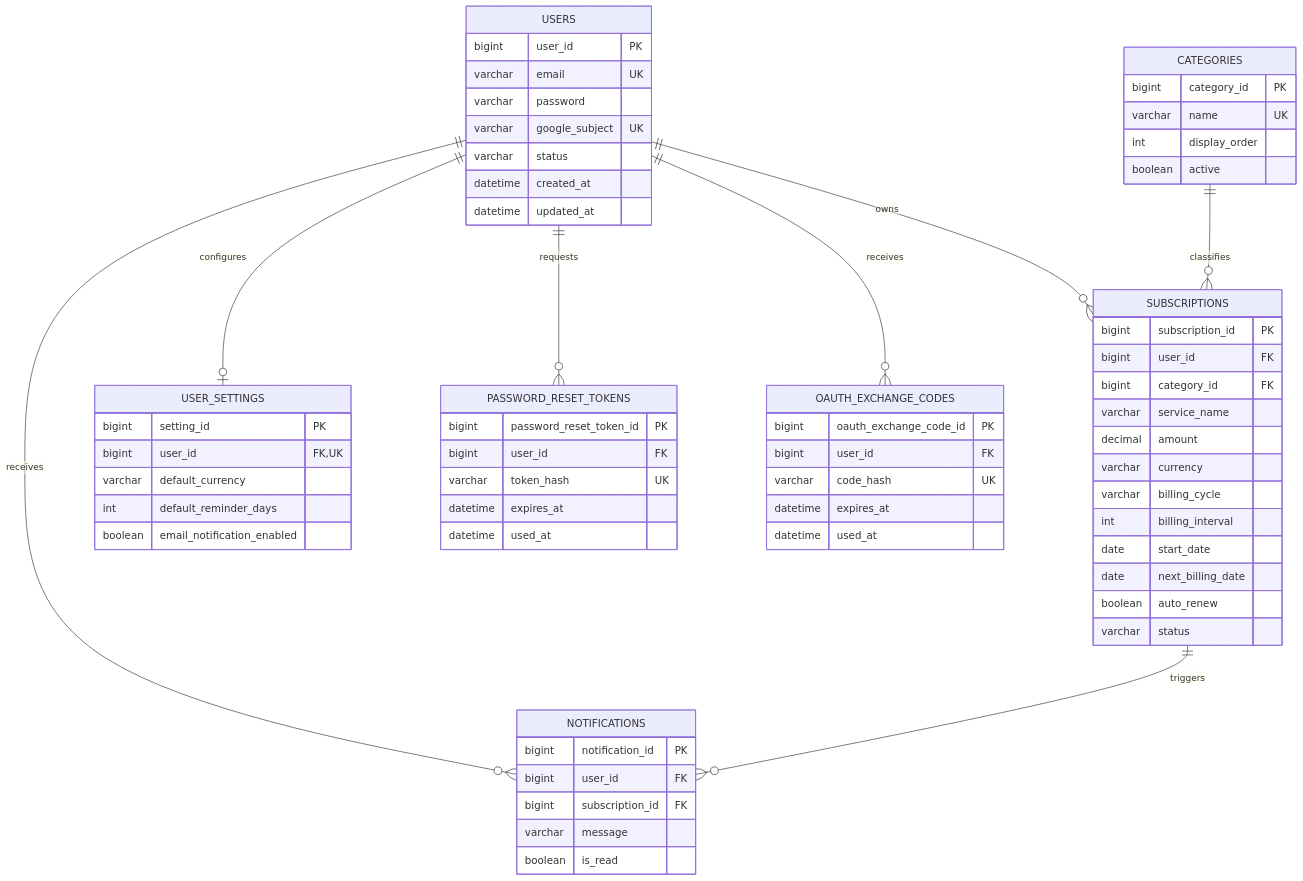
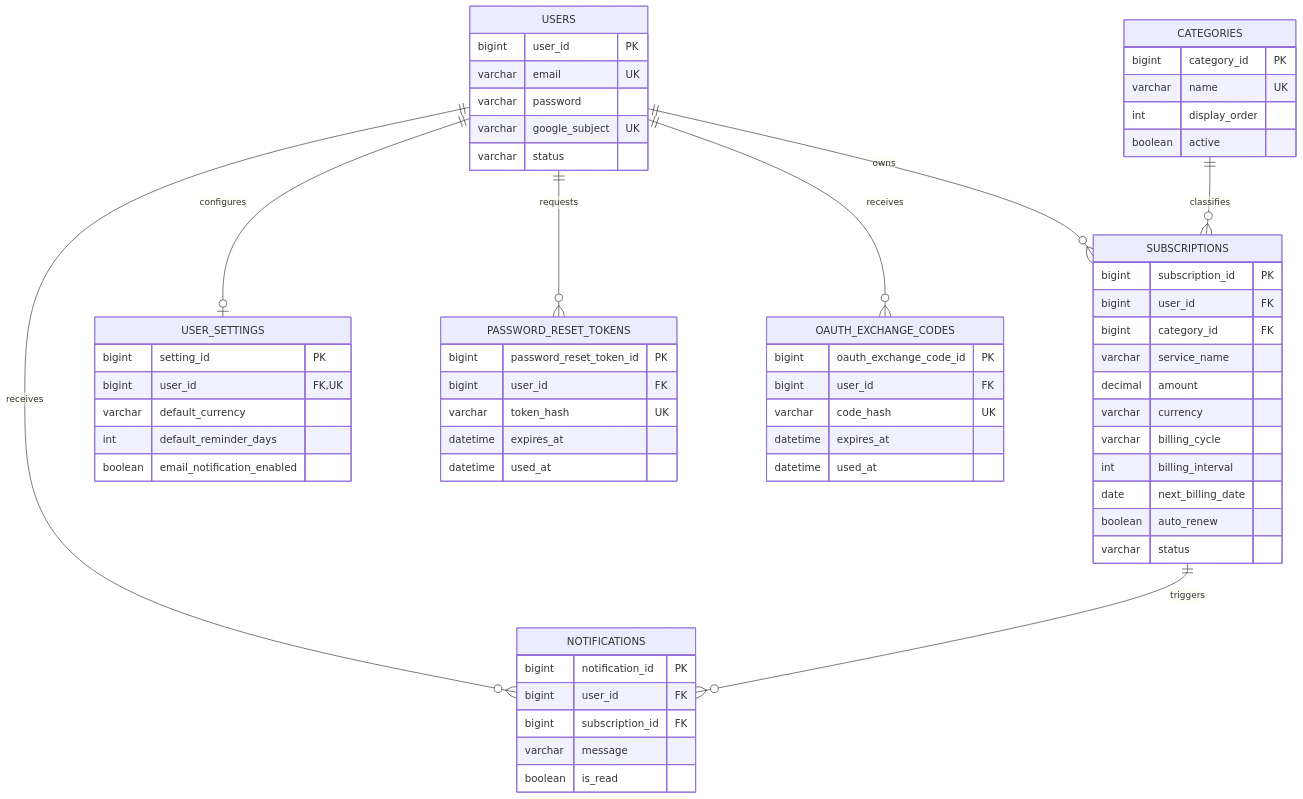
The second of 5 diagrams in README.md (jong9s/renewmate-backend), drawn with Mermaid before and after one commit. The commit also changed other lines of this file, not shown here.

````diff
--- a/README.md
+++ b/README.md
@@ -57,68 +81,65 @@
 ```mermaid
 erDiagram
     USERS ||--o{ SUBSCRIPTIONS : owns
     USERS ||--o{ NOTIFICATIONS : receives
     USERS ||--o| USER_SETTINGS : configures
     USERS ||--o{ PASSWORD_RESET_TOKENS : requests
     USERS ||--o{ OAUTH_EXCHANGE_CODES : receives
     CATEGORIES ||--o{ SUBSCRIPTIONS : classifies
     SUBSCRIPTIONS ||--o{ NOTIFICATIONS : triggers
 
     USERS {
         bigint user_id PK
         varchar email UK
         varchar password
         varchar google_subject UK
         varchar status
-        datetime created_at
-        datetime updated_at
     }
     CATEGORIES {
         bigint category_id PK
         varchar name UK
         int display_order
         boolean active
     }
     SUBSCRIPTIONS {
         bigint subscription_id PK
         bigint user_id FK
         bigint category_id FK
         varchar service_name
         decimal amount
         varchar currency
         varchar billing_cycle
         int billing_interval
-        date start_date
         date next_billing_date
         boolean auto_renew
         varchar status
     }
     NOTIFICATIONS {
         bigint notification_id PK
         bigint user_id FK
         bigint subscription_id FK
         varchar message
         boolean is_read
     }
     USER_SETTINGS {
         bigint setting_id PK
         bigint user_id FK,UK
         varchar default_currency
         int default_reminder_days
         boolean email_notification_enabled
     }
     PASSWORD_RESET_TOKENS {
         bigint password_reset_token_id PK
         bigint user_id FK
         varchar token_hash UK
         datetime expires_at
         datetime used_at
     }
     OAUTH_EXCHANGE_CODES {
         bigint oauth_exchange_code_id PK
         bigint user_id FK
         varchar code_hash UK
         datetime expires_at
         datetime used_at
     }
 ```
````
